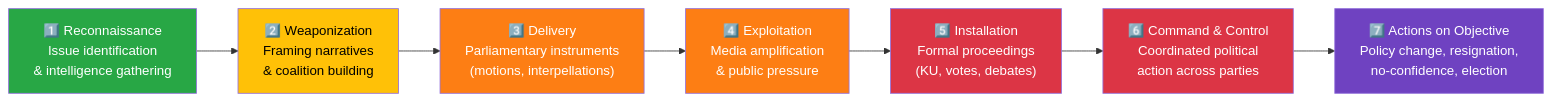
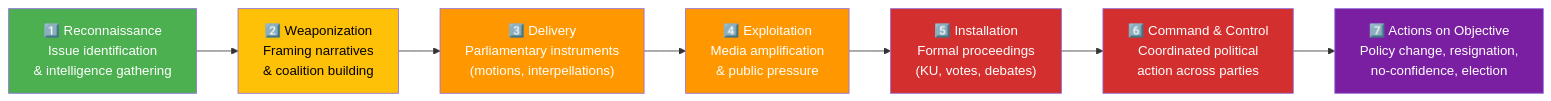
The third of 11 diagrams in analysis/methodologies/political-threat-framework.md (Hack23/riksdagsmonitor), drawn with Mermaid before and after one commit. The commit also changed other lines of this file and 14 other files, not shown here.

First line of the commit message:
Align analysis/ mermaid diagrams with ISMS Style Guide palette and convert SWOT to quadrantChart

````diff
--- a/analysis/methodologies/political-threat-framework.md
+++ b/analysis/methodologies/political-threat-framework.md
@@ -142,20 +142,20 @@
 ```mermaid
 flowchart LR
     R["1️⃣ Reconnaissance<br/>Issue identification<br/>& intelligence gathering"]
     W["2️⃣ Weaponization<br/>Framing narratives<br/>& coalition building"]
     D["3️⃣ Delivery<br/>Parliamentary instruments<br/>(motions, interpellations)"]
     X["4️⃣ Exploitation<br/>Media amplification<br/>& public pressure"]
     I["5️⃣ Installation<br/>Formal proceedings<br/>(KU, votes, debates)"]
     C["6️⃣ Command & Control<br/>Coordinated political<br/>action across parties"]
     A["7️⃣ Actions on Objective<br/>Policy change, resignation,<br/>no-confidence, election"]
 
     R --> W --> D --> X --> I --> C --> A
 
-    style R fill:#28a745,color:#fff
-    style W fill:#ffc107,color:#000
-    style D fill:#fd7e14,color:#fff
-    style X fill:#fd7e14,color:#fff
-    style I fill:#dc3545,color:#fff
-    style C fill:#dc3545,color:#fff
-    style A fill:#6f42c1,color:#fff
+    style R fill:#4CAF50,color:#FFFFFF
+    style W fill:#FFC107,color:#000000
+    style D fill:#FF9800,color:#FFFFFF
+    style X fill:#FF9800,color:#FFFFFF
+    style I fill:#D32F2F,color:#FFFFFF
+    style C fill:#D32F2F,color:#FFFFFF
+    style A fill:#7B1FA2,color:#FFFFFF
 ```
````
